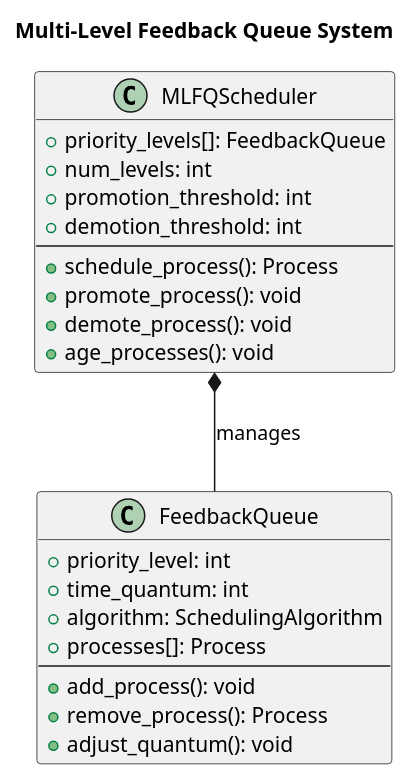
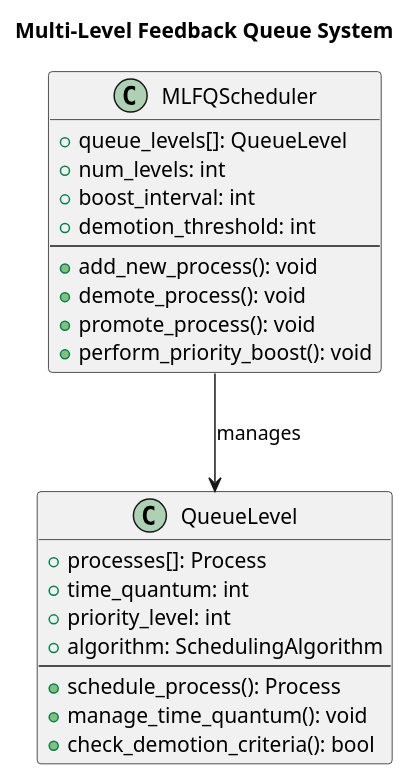
The third of 3 diagrams in Part-2/Ch-6-CPU-Scheduling/Advanced-Scheduling-Algorithms.md (mohitmishra786/myJourneyOfBuildingOS), drawn with PlantUML before and after one commit. The commit also changed other lines of this file and 5 other files, not shown here.

````diff
--- a/Part-2/Ch-6-CPU-Scheduling/Advanced-Scheduling-Algorithms.md
+++ b/Part-2/Ch-6-CPU-Scheduling/Advanced-Scheduling-Algorithms.md
@@ -531,30 +389,30 @@
 ```plantuml
 @startuml
 title "Multi-Level Feedback Queue System"
 
 class MLFQScheduler {
-    +priority_levels[]: FeedbackQueue
+    +queue_levels[]: QueueLevel
     +num_levels: int
-    +promotion_threshold: int
+    +boost_interval: int
     +demotion_threshold: int
     --
-    +schedule_process(): Process
+    +add_new_process(): void
+    +demote_process(): void
     +promote_process(): void
-    +demote_process(): void
-    +age_processes(): void
+    +perform_priority_boost(): void
 }
 
-class FeedbackQueue {
+class QueueLevel {
+    +processes[]: Process
+    +time_quantum: int
     +priority_level: int
-    +time_quantum: int
     +algorithm: SchedulingAlgorithm
-    +processes[]: Process
     --
-    +add_process(): void
-    +remove_process(): Process
-    +adjust_quantum(): void
+    +schedule_process(): Process
+    +manage_time_quantum(): void
+    +check_demotion_criteria(): bool
 }
 
-MLFQScheduler *-- FeedbackQueue : manages
+MLFQScheduler --> QueueLevel : manages
 @enduml
 ```
````
